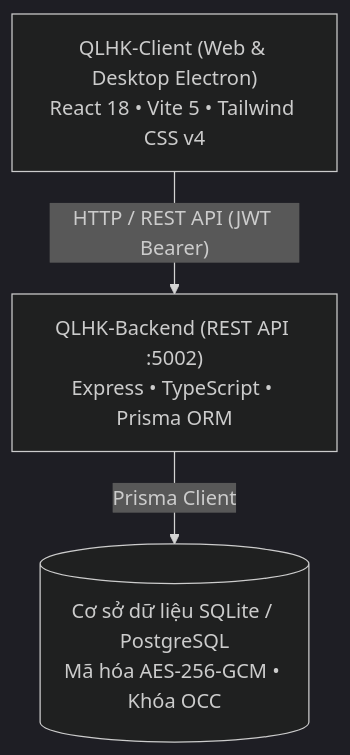
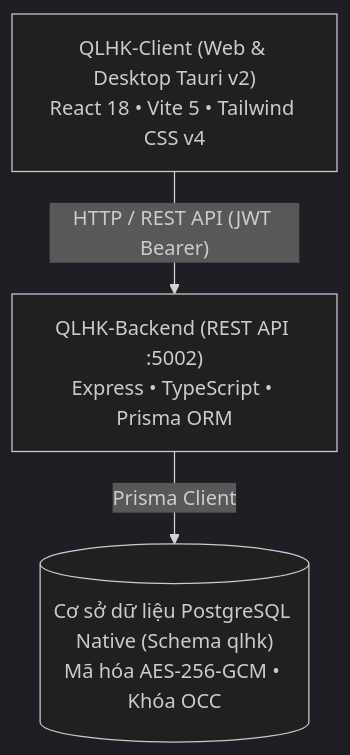
The diagram in README.md (Umnuar/QLHK), drawn with Mermaid (dark theme) before and after one commit. The commit also changed other lines of this file and 14 other files, not shown here.

````diff
--- a/README.md
+++ b/README.md
@@ -63,9 +63,9 @@
 ```mermaid
 graph TD
-    Client["QLHK-Client (Web & Desktop Electron)<br/>React 18 • Vite 5 • Tailwind CSS v4"]
+    Client["QLHK-Client (Web & Desktop Tauri v2)<br/>React 18 • Vite 5 • Tailwind CSS v4"]
     Backend["QLHK-Backend (REST API :5002)<br/>Express • TypeScript • Prisma ORM"]
-    DB[("Cơ sở dữ liệu SQLite / PostgreSQL<br/>Mã hóa AES-256-GCM • Khóa OCC")]
+    DB[("Cơ sở dữ liệu PostgreSQL Native (Schema qlhk)<br/>Mã hóa AES-256-GCM • Khóa OCC")]
 
     Client -->|"HTTP / REST API (JWT Bearer)"| Backend
     Backend -->|"Prisma Client"| DB
 ```
````
